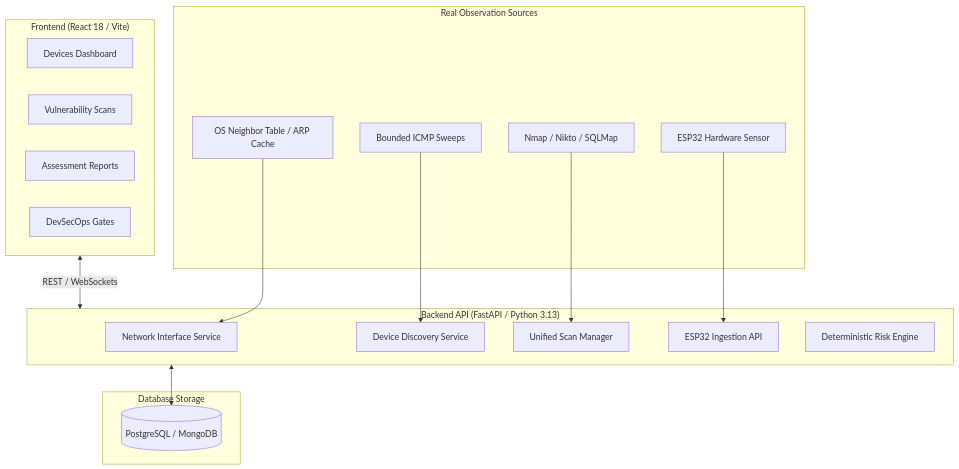
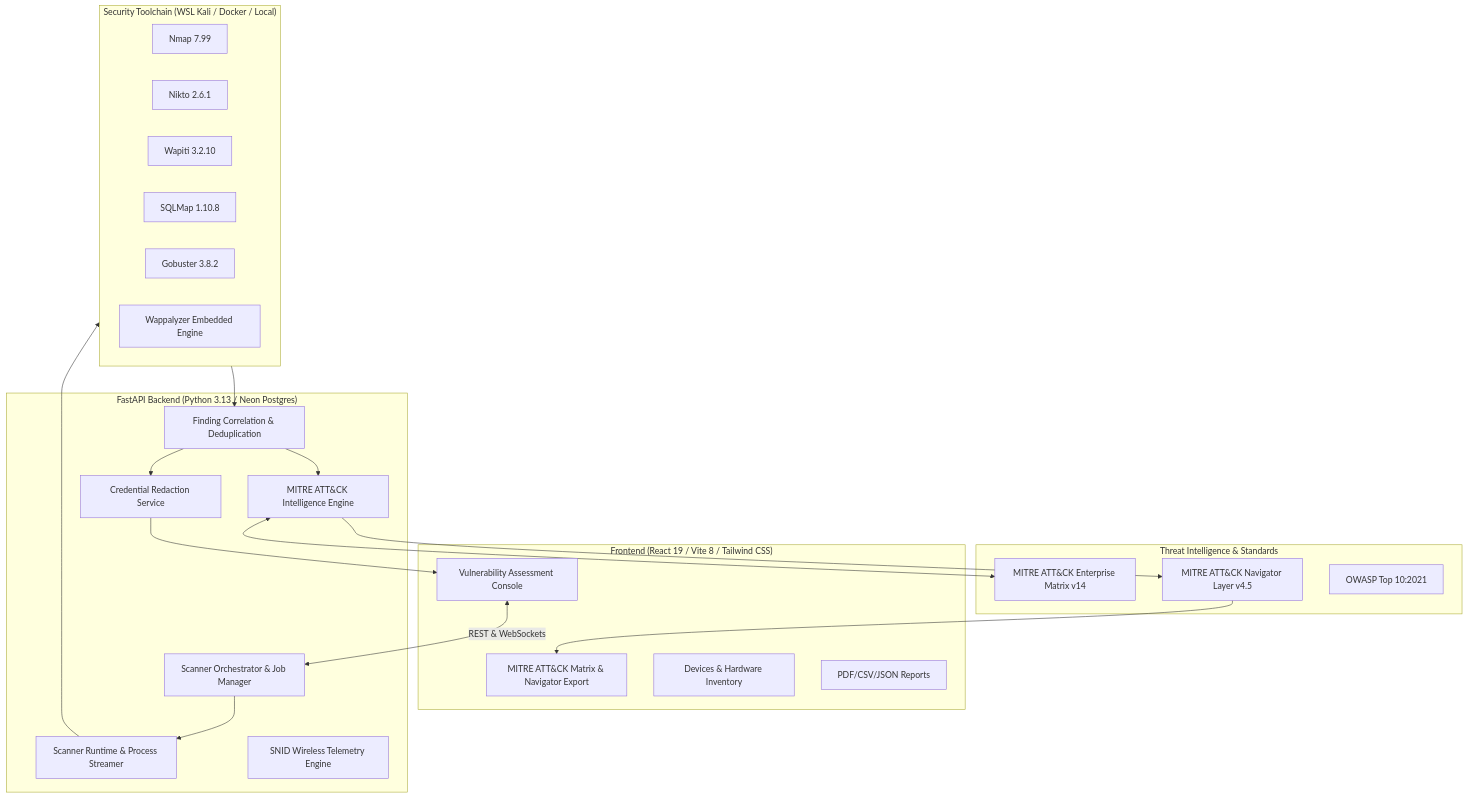
One commit to Krishnan1212006/SNID-VulnAI changed the second of 2 diagrams in README.md. Above: the diagram before and after it, drawn with Mermaid. The commit also changed other lines of this file and 1 other file, not shown here.

Commit message:
docs: document 7-step DevSecOps workflow, MITRE ATT&CK integration, and CI pipeline

````diff
--- a/README.md
+++ b/README.md
@@ -31,35 +72,44 @@
 ```mermaid
 graph TD
-    subgraph UI ["Frontend (React 18 / Vite)"]
-        Dash[Devices Dashboard]
-        Scans[Vulnerability Scans]
-        Reports[Assessment Reports]
-        DevSecOps[DevSecOps Gates]
+    subgraph Frontend ["Frontend (React 19 / Vite 8 / Tailwind CSS)"]
+        UI_Scan[Vulnerability Assessment Console]
+        UI_Mitre[MITRE ATT&CK Matrix & Navigator Export]
+        UI_Dev[Devices & Hardware Inventory]
+        UI_Rep[PDF/CSV/JSON Reports]
     end
 
-    subgraph Backend ["Backend API (FastAPI / Python 3.13)"]
-        NetServ[Network Interface Service]
-        DiscServ[Device Discovery Service]
-        ScanMgr[Unified Scan Manager]
-        SensorAPI[ESP32 Ingestion API]
-        RiskEng[Deterministic Risk Engine]
+    subgraph Backend ["FastAPI Backend (Python 3.13 / Neon Postgres)"]
+        ScanOrch[Scanner Orchestrator & Job Manager]
+        Runtime[Scanner Runtime & Process Streamer]
+        MitreEngine[MITRE ATT&CK Intelligence Engine]
+        Correlator[Finding Correlation & Deduplication]
+        Redactor[Credential Redaction Service]
+        SnidSens[SNID Wireless Telemetry Engine]
     end
 
-    subgraph DataSources ["Real Observation Sources"]
-        OS_ARP[OS Neighbor Table / ARP Cache]
-        ActiveProbe[Bounded ICMP Sweeps]
-        ESP32[ESP32 Hardware Sensor]
-        Scanners[Nmap / Nikto / SQLMap]
+    subgraph Scanners ["Security Toolchain (WSL Kali / Docker / Local)"]
+        Nmap[Nmap 7.99]
+        Nikto[Nikto 2.6.1]
+        Wapiti[Wapiti 3.2.10]
+        SQLMap[SQLMap 1.10.8]
+        Gobuster[Gobuster 3.8.2]
+        Wappalyzer[Wappalyzer Embedded Engine]
     end
 
-    subgraph Database ["Database Storage"]
-        DB[(PostgreSQL / MongoDB)]
+    subgraph External ["Threat Intelligence & Standards"]
+        MITRE[MITRE ATT&CK Enterprise Matrix v14]
+        Navigator[MITRE ATT&CK Navigator Layer v4.5]
+        OWASP[OWASP Top 10:2021]
     end
 
-    UI <--> |REST / WebSockets| Backend
-    OS_ARP --> NetServ
-    ActiveProbe --> DiscServ
-    ESP32 --> SensorAPI
-    Scanners --> ScanMgr
-    Backend <--> DB
+    UI_Scan <--> |REST & WebSockets| ScanOrch
+    ScanOrch --> Runtime
+    Runtime --> Scanners
+    Scanners --> Correlator
+    Correlator --> MitreEngine
+    MitreEngine <--> MITRE
+    MitreEngine --> Navigator
+    Navigator --> UI_Mitre
+    Correlator --> Redactor
+    Redactor --> UI_Scan
 ```
````
